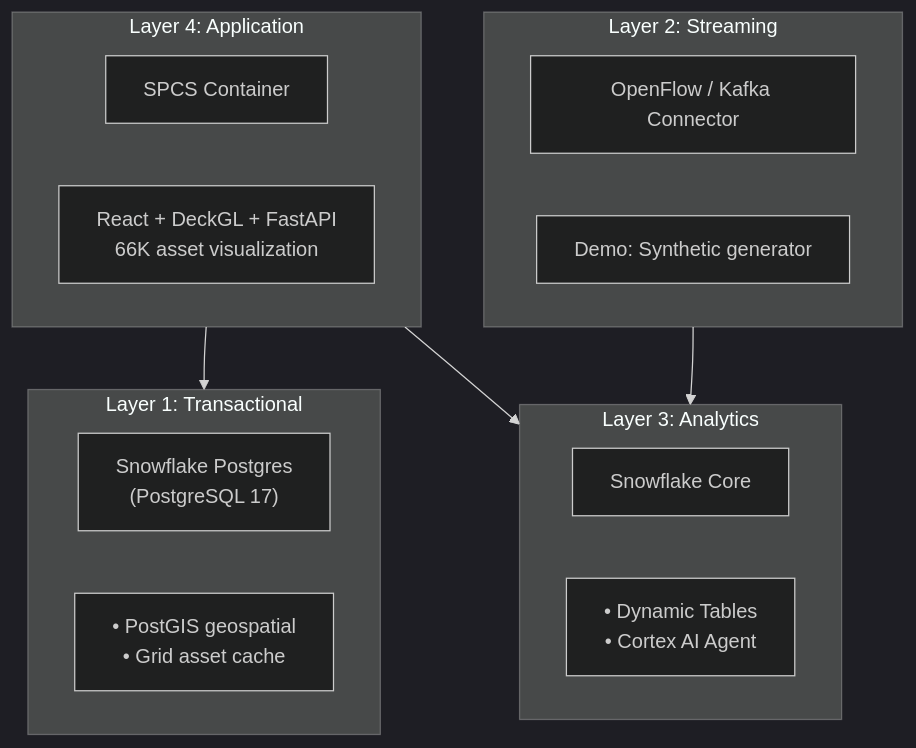
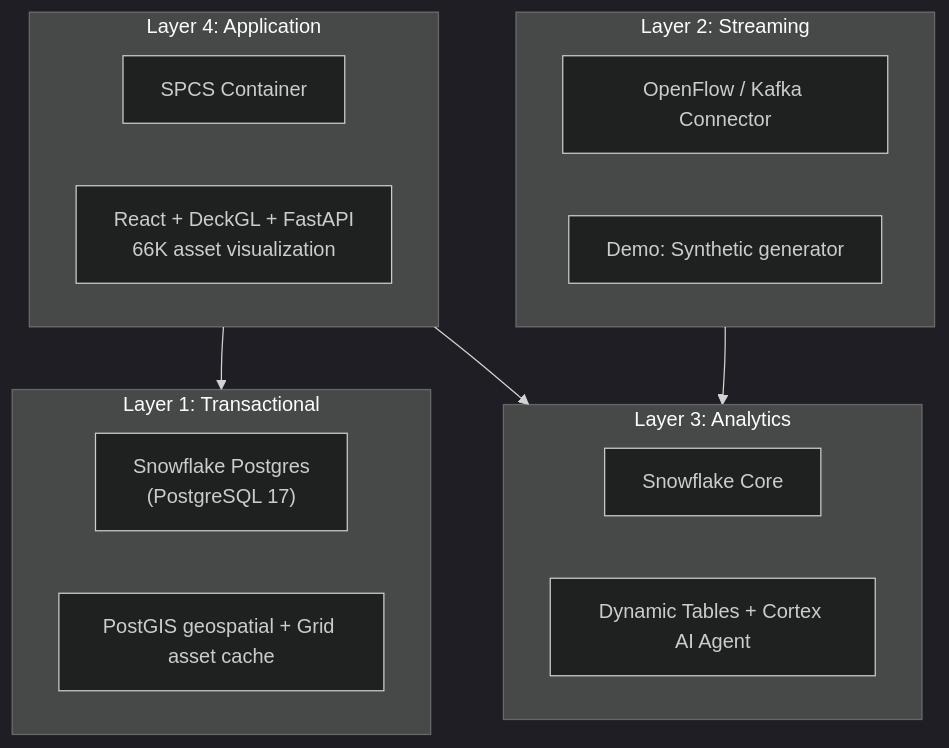
The diagram in README.md (sfc-gh-abannerjee/flux-ops-center-spcs), drawn with Mermaid (dark theme) before and after one commit. The commit also changed other lines of this file and 59 other files, not shown here.

First line of the commit message:
Add Grid Intelligence Agent setup, Cortex Search sample data, and deployment improvements

````diff
--- a/README.md
+++ b/README.md
@@ -135,26 +645,26 @@
 ```mermaid
 flowchart TB
     subgraph L1["Layer 1: Transactional"]
         PG["Snowflake Postgres<br/>(PostgreSQL 17)"]
-        PG_FEAT["• PostGIS geospatial<br/>• Grid asset cache"]
+        PG_FEAT["PostGIS geospatial + Grid asset cache"]
     end
     
     subgraph L2["Layer 2: Streaming"]
         STREAM["OpenFlow / Kafka Connector"]
         STREAM_FEAT["Demo: Synthetic generator"]
     end
     
     subgraph L3["Layer 3: Analytics"]
         SF["Snowflake Core"]
-        SF_FEAT["• Dynamic Tables<br/>• Cortex AI Agent"]
+        SF_FEAT["Dynamic Tables + Cortex AI Agent"]
     end
     
     subgraph L4["Layer 4: Application"]
         APP["SPCS Container"]
         APP_FEAT["React + DeckGL + FastAPI<br/>66K asset visualization"]
     end
     
     L4 --> L1
     L4 --> L3
     L2 --> L3
 ```
````
